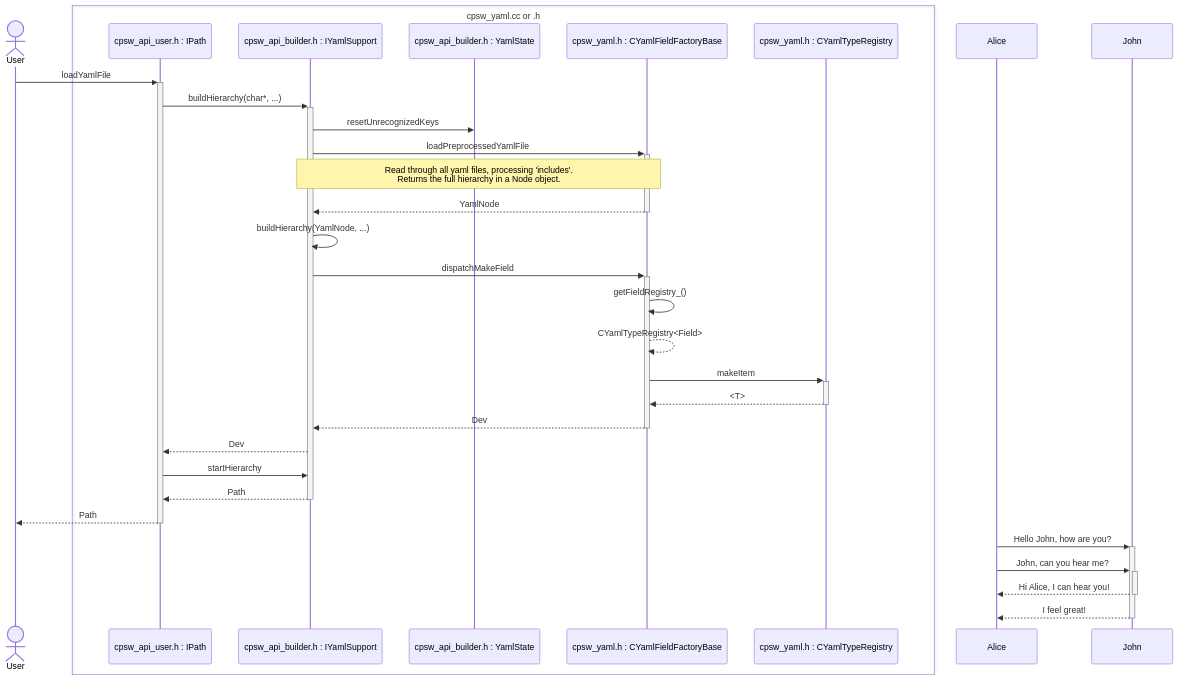
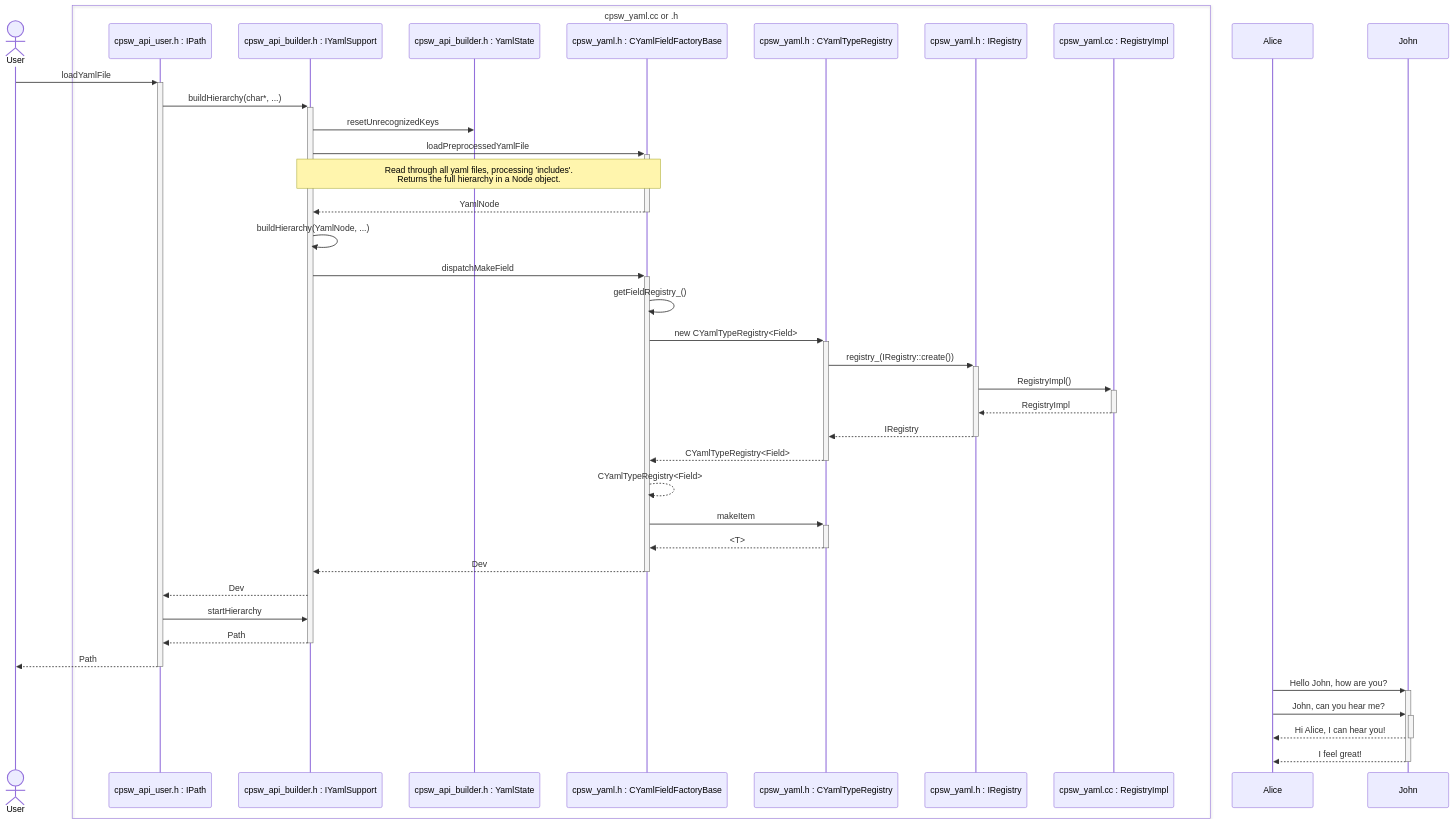
One commit to marciodo/cpsw_diagrams changed the diagram in CPSW_Seq_LoadYamlFromFile.md. Above: the diagram before and after it, drawn with Mermaid. The commit also changed 2 other files, not shown here.

Commit message:
More classes to the diagrams

````diff
--- a/CPSW_Seq_LoadYamlFromFile.md
+++ b/CPSW_Seq_LoadYamlFromFile.md
@@ -1,41 +1,51 @@
 ```mermaid
 sequenceDiagram
     actor User
     participant IPath as cpsw_api_user.h : IPath
     participant IYamlSupport as cpsw_api_builder.h : IYamlSupport
     participant YamlState as cpsw_api_builder.h : YamlState
     participant CYamlFieldFactoryBase as cpsw_yaml.h : CYamlFieldFactoryBase
     participant CYamlTypeRegistry as cpsw_yaml.h : CYamlTypeRegistry
+    participant IRegistry as cpsw_yaml.h : IRegistry
+    participant RegistryImpl as cpsw_yaml.cc : RegistryImpl
 
     box cpsw_yaml.cc or .h
         participant IPath
         participant IYamlSupport
         participant YamlState
         participant CYamlFieldFactoryBase
         participant CYamlTypeRegistry
+        participant IRegistry
+        participant RegistryImpl
     end
 
     User->>+IPath: loadYamlFile
     IPath->>+IYamlSupport: buildHierarchy(char*, ...)
         IYamlSupport->>YamlState: resetUnrecognizedKeys
         IYamlSupport->>+CYamlFieldFactoryBase: loadPreprocessedYamlFile
         note over IYamlSupport,CYamlFieldFactoryBase: Read through all yaml files, processing 'includes'.<br/>Returns the full hierarchy in a Node object.
         CYamlFieldFactoryBase-->>-IYamlSupport: YamlNode
         IYamlSupport->>IYamlSupport: buildHierarchy(YamlNode, ...)
         IYamlSupport->>+CYamlFieldFactoryBase: dispatchMakeField
             CYamlFieldFactoryBase->>CYamlFieldFactoryBase: getFieldRegistry_()
+            CYamlFieldFactoryBase->>+CYamlTypeRegistry: new CYamlTypeRegistry<Field>
+                CYamlTypeRegistry->>+IRegistry: registry_(IRegistry::create())
+                    IRegistry->>+RegistryImpl: RegistryImpl()
+                    RegistryImpl-->>-IRegistry: RegistryImpl
+                IRegistry-->>-CYamlTypeRegistry: IRegistry
+            CYamlTypeRegistry-->>-CYamlFieldFactoryBase: CYamlTypeRegistry<Field>
             CYamlFieldFactoryBase-->>CYamlFieldFactoryBase: CYamlTypeRegistry<Field>
             CYamlFieldFactoryBase->>+CYamlTypeRegistry: makeItem
             CYamlTypeRegistry-->>-CYamlFieldFactoryBase: <T>
         CYamlFieldFactoryBase-->>-IYamlSupport: Dev
     IYamlSupport-->>IPath: Dev
     IPath->>IYamlSupport: startHierarchy
     IYamlSupport-->>-IPath: Path
     IPath-->>-User: Path
 
 
     Alice->>+John: Hello John, how are you?
     Alice->>+John: John, can you hear me?
     John-->>-Alice: Hi Alice, I can hear you!
     John-->>-Alice: I feel great!
 ```
````
